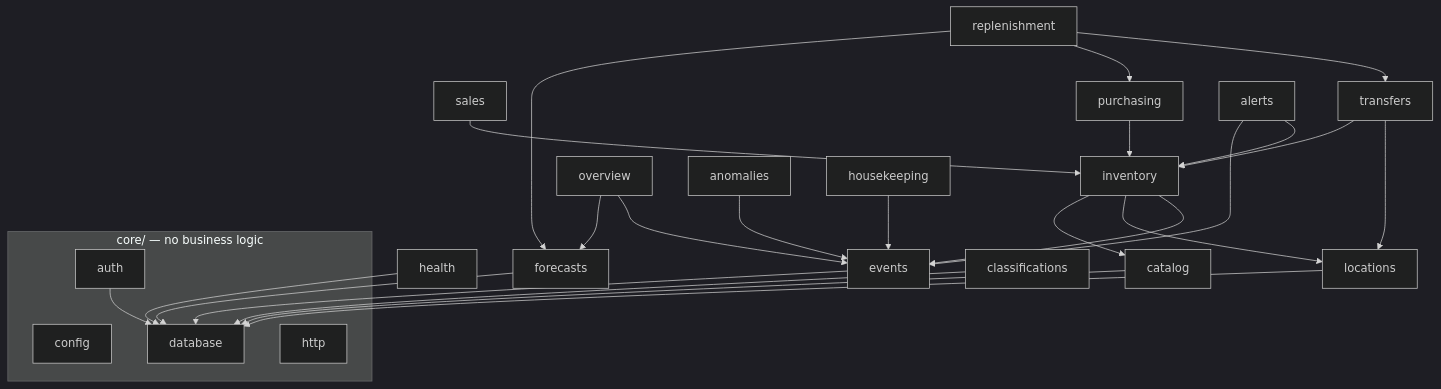
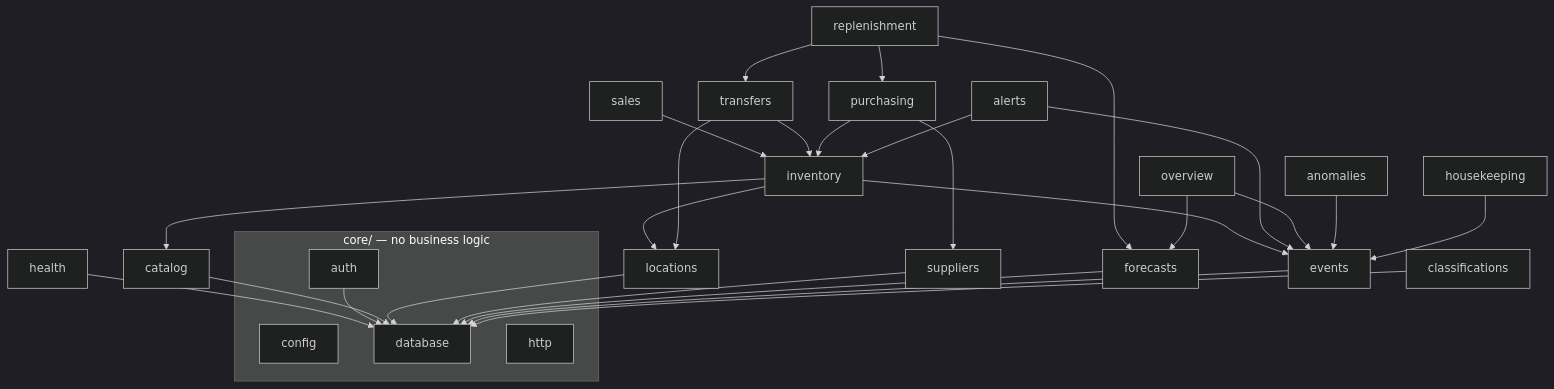
The second of 6 diagrams in docs/ARCHITECTURE.md (Hirockpaul/RetailPulse), drawn with Mermaid (dark theme) before and after one commit. The commit also changed other lines of this file and 18 other files, not shown here.

````diff
--- a/docs/ARCHITECTURE.md
+++ b/docs/ARCHITECTURE.md
@@ -69,22 +69,23 @@
 ```mermaid
 flowchart TB
   subgraph core[core/ — no business logic]
     config & database & http & auth
   end
   health --> database
   auth --> database
   catalog --> database
   locations --> database
   inventory --> catalog & locations & events
   sales --> inventory
   transfers --> inventory & locations
-  purchasing --> inventory
+  purchasing --> inventory & suppliers
+  suppliers --> database
   forecasts --> database
   replenishment --> forecasts & purchasing & transfers
   events --> database
   alerts --> events & inventory
   overview --> forecasts & events
   anomalies --> events
   classifications --> database
   housekeeping --> events
 ```
````
